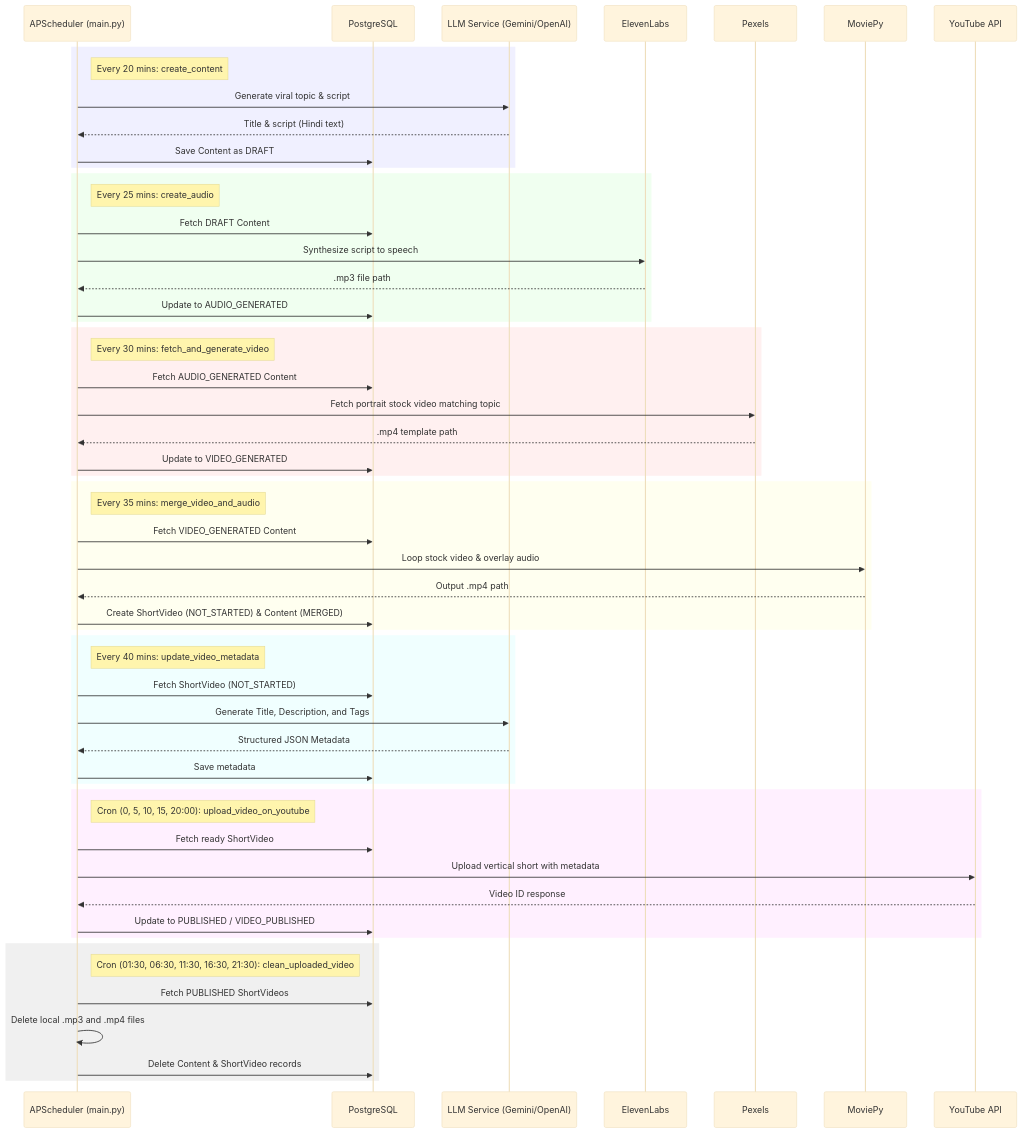
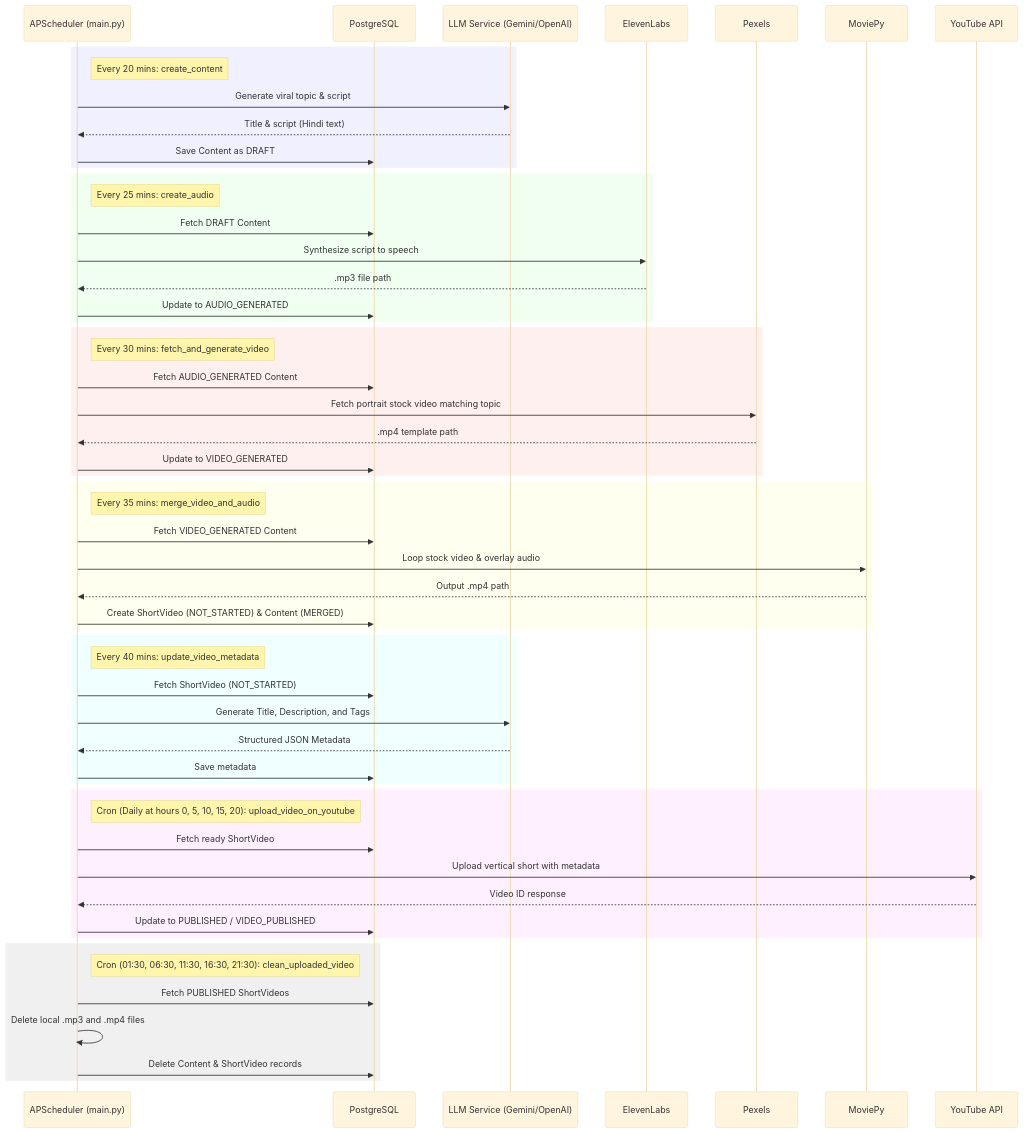
The second of 2 diagrams in README.md (indvx/dg_shorts_ai), drawn with Mermaid (base theme) before and after one commit. The commit also changed other lines of this file and 7 other files, not shown here.

````diff
--- a/README.md
+++ b/README.md
@@ -310,64 +319,64 @@
 ```mermaid
 sequenceDiagram
     participant S as APScheduler (main.py)
     participant DB as PostgreSQL
     participant LLM as LLM Service (Gemini/OpenAI)
     participant EL as ElevenLabs
     participant P as Pexels
     participant MV as MoviePy
     participant YT as YouTube API
     
     rect rgb(240, 240, 255)
     note right of S: Every 20 mins: create_content
     S->>LLM: Generate viral topic & script
     LLM-->>S: Title & script (Hindi text)
     S->>DB: Save Content as DRAFT
     end
 
     rect rgb(240, 255, 240)
     note right of S: Every 25 mins: create_audio
     S->>DB: Fetch DRAFT Content
     S->>EL: Synthesize script to speech
     EL-->>S: .mp3 file path
     S->>DB: Update to AUDIO_GENERATED
     end
 
     rect rgb(255, 240, 240)
     note right of S: Every 30 mins: fetch_and_generate_video
     S->>DB: Fetch AUDIO_GENERATED Content
     S->>P: Fetch portrait stock video matching topic
     P-->>S: .mp4 template path
     S->>DB: Update to VIDEO_GENERATED
     end
 
     rect rgb(255, 255, 240)
     note right of S: Every 35 mins: merge_video_and_audio
     S->>DB: Fetch VIDEO_GENERATED Content
     S->>MV: Loop stock video & overlay audio
     MV-->>S: Output .mp4 path
     S->>DB: Create ShortVideo (NOT_STARTED) & Content (MERGED)
     end
 
     rect rgb(240, 255, 255)
     note right of S: Every 40 mins: update_video_metadata
     S->>DB: Fetch ShortVideo (NOT_STARTED)
     S->>LLM: Generate Title, Description, and Tags
     LLM-->>S: Structured JSON Metadata
     S->>DB: Save metadata
     end
 
     rect rgb(255, 240, 255)
-    note right of S: Cron (0, 5, 10, 15, 20:00): upload_video_on_youtube
+    note right of S: Cron (Daily at hours 0, 5, 10, 15, 20): upload_video_on_youtube
     S->>DB: Fetch ready ShortVideo
     S->>YT: Upload vertical short with metadata
     YT-->>S: Video ID response
     S->>DB: Update to PUBLISHED / VIDEO_PUBLISHED
     end
 
     rect rgb(240, 240, 240)
     note right of S: Cron (01:30, 06:30, 11:30, 16:30, 21:30): clean_uploaded_video
     S->>DB: Fetch PUBLISHED ShortVideos
     S->>S: Delete local .mp3 and .mp4 files
     S->>DB: Delete Content & ShortVideo records
     end
 ```
````
